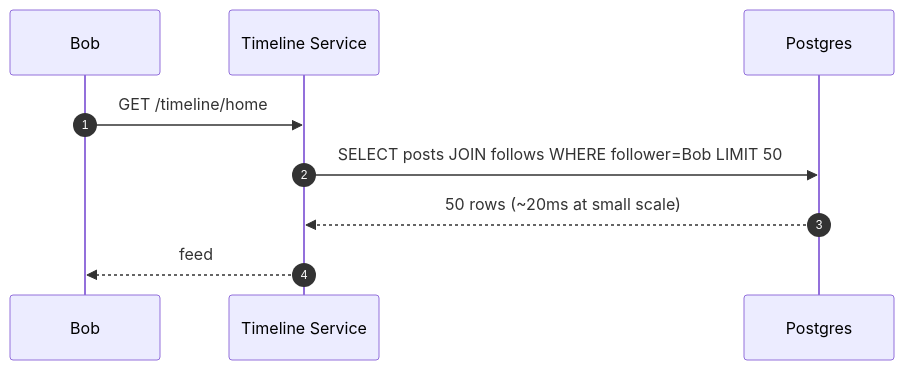
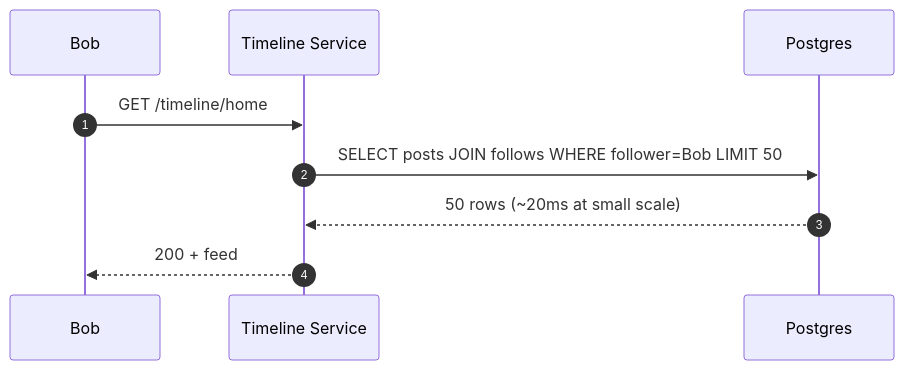
One commit to shiningflash/system-design changed the third of 11 diagrams in problems/002-news-feed/question.md. Above: the diagram before and after it, drawn with Mermaid. The commit also changed other lines of this file and 37 other files, not shown here.

````diff
--- a/problems/002-news-feed/question.md
+++ b/problems/002-news-feed/question.md
@@ -173,12 +129,12 @@
 ```mermaid
 sequenceDiagram
     autonumber
     participant Bob
     participant TS as Timeline Service
     participant DB as Postgres
 
     Bob->>TS: GET /timeline/home
     TS->>DB: SELECT posts JOIN follows WHERE follower=Bob LIMIT 50
     DB-->>TS: 50 rows (~20ms at small scale)
-    TS-->>Bob: feed
+    TS-->>Bob: 200 + feed
 ```
````
